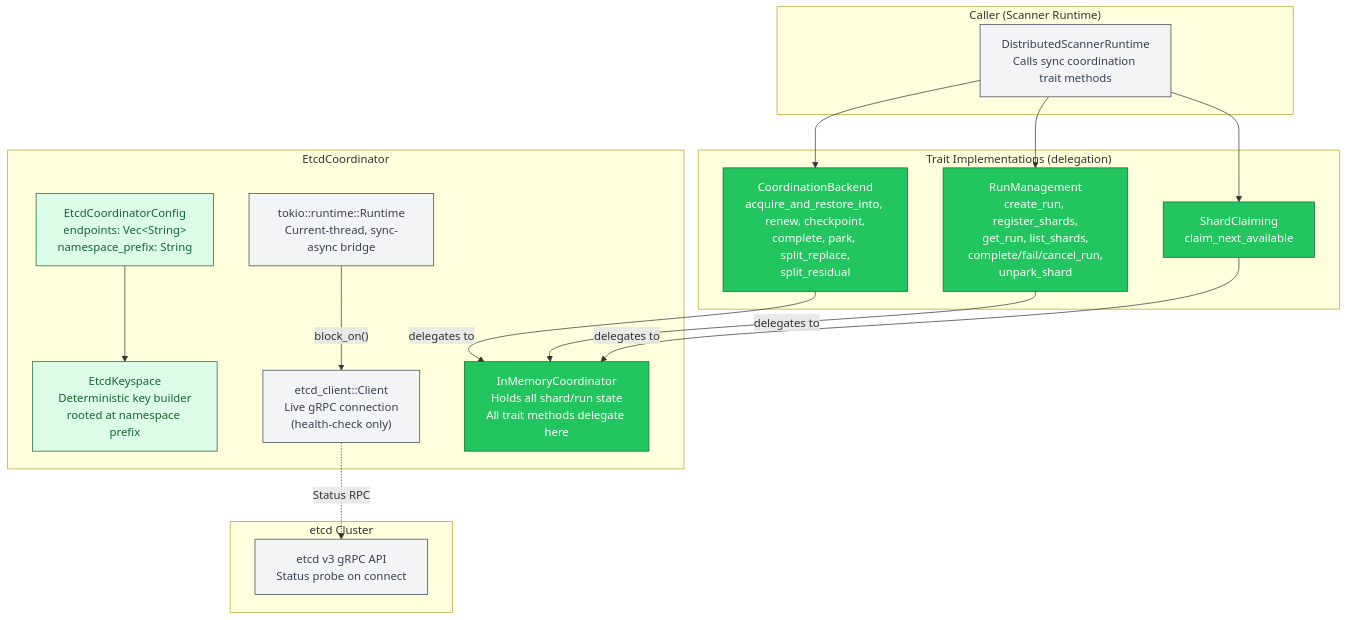
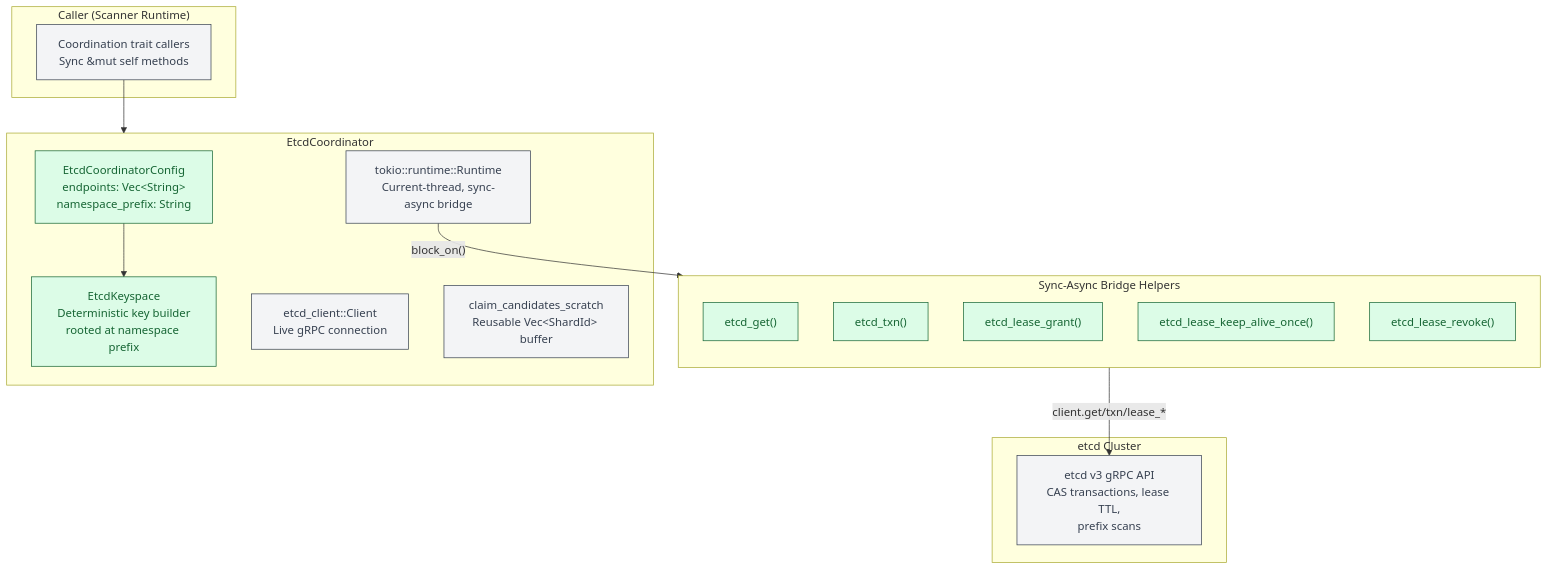
Before and after one commit to ahrav/Gossip-rs: the first of 6 diagrams in diagrams/20-etcd-coordinator-persistence.md, drawn with Mermaid. The commit also changed other lines of this file and 10 other files, not shown here.

First line of the commit message:
Remove line numbers from diagram code reference tables

````diff
--- a/diagrams/20-etcd-coordinator-persistence.md
+++ b/diagrams/20-etcd-coordinator-persistence.md
@@ -41,51 +41,49 @@
 ```mermaid
 %% Diagram: etcd-backend-architecture
 graph TB
     subgraph caller ["Caller (Scanner Runtime)"]
-        SR["DistributedScannerRuntime<br/>Calls sync coordination trait methods"]
+        SR["Coordination trait callers<br/>Sync &amp;mut self methods"]
     end
 
     subgraph etcd_coord ["EtcdCoordinator"]
         CONFIG["EtcdCoordinatorConfig<br/>endpoints: Vec&lt;String&gt;<br/>namespace_prefix: String"]
         KS["EtcdKeyspace<br/>Deterministic key builder<br/>rooted at namespace prefix"]
         RT["tokio::runtime::Runtime<br/>Current-thread, sync-async bridge"]
-        CLIENT["etcd_client::Client<br/>Live gRPC connection<br/>(health-check only)"]
-        DELEGATE["InMemoryCoordinator<br/>Holds all shard/run state<br/>All trait methods delegate here"]
+        CLIENT["etcd_client::Client<br/>Live gRPC connection"]
+        SCRATCH["claim_candidates_scratch<br/>Reusable Vec&lt;ShardId&gt; buffer"]
     end
 
-    subgraph traits_impl ["Trait Implementations (delegation)"]
-        CB["CoordinationBackend<br/>acquire_and_restore_into, renew, checkpoint,<br/>complete, park, split_replace,<br/>split_residual"]
-        RM["RunManagement<br/>create_run, register_shards,<br/>get_run, list_shards,<br/>complete/fail/cancel_run,<br/>unpark_shard"]
-        SC["ShardClaiming<br/>claim_next_available"]
+    subgraph bridge ["Sync-Async Bridge Helpers"]
+        direction TB
+        GET["etcd_get()"]
+        TXN["etcd_txn()"]
+        LG["etcd_lease_grant()"]
+        LKA["etcd_lease_keep_alive_once()"]
+        LR["etcd_lease_revoke()"]
     end
 
     subgraph etcd_cluster ["etcd Cluster"]
-        ETCD["etcd v3 gRPC API<br/>Status probe on connect"]
+        ETCD["etcd v3 gRPC API<br/>CAS transactions, lease TTL,<br/>prefix scans"]
     end
 
-    SR --> CB
-    SR --> RM
-    SR --> SC
-
-    CB -->|"delegates to"| DELEGATE
-    RM -->|"delegates to"| DELEGATE
-    SC -->|"delegates to"| DELEGATE
-
+    SR --> etcd_coord
     CONFIG --> KS
-    RT -->|"block_on()"| CLIENT
-    CLIENT -.->|"Status RPC"| ETCD
+    RT -->|"block_on()"| bridge
+    bridge -->|"client.get/txn/lease_*"| ETCD
 
     style SR fill:#F3F4F6,stroke:#374151,color:#374151
 
     style CONFIG fill:#DCFCE7,stroke:#166534,color:#166534
     style KS fill:#DCFCE7,stroke:#166534,color:#166534
     style RT fill:#F3F4F6,stroke:#374151,color:#374151
     style CLIENT fill:#F3F4F6,stroke:#374151,color:#374151
-    style DELEGATE fill:#22C55E,stroke:#166534,color:#FFF
+    style SCRATCH fill:#F3F4F6,stroke:#374151,color:#374151
 
-    style CB fill:#22C55E,stroke:#166534,color:#FFF
-    style RM fill:#22C55E,stroke:#166534,color:#FFF
-    style SC fill:#22C55E,stroke:#166534,color:#FFF
+    style GET fill:#DCFCE7,stroke:#166534,color:#166534
+    style TXN fill:#DCFCE7,stroke:#166534,color:#166534
+    style LG fill:#DCFCE7,stroke:#166534,color:#166534
+    style LKA fill:#DCFCE7,stroke:#166534,color:#166534
+    style LR fill:#DCFCE7,stroke:#166534,color:#166534
 
     style ETCD fill:#F3F4F6,stroke:#374151,color:#374151
 ```
````
